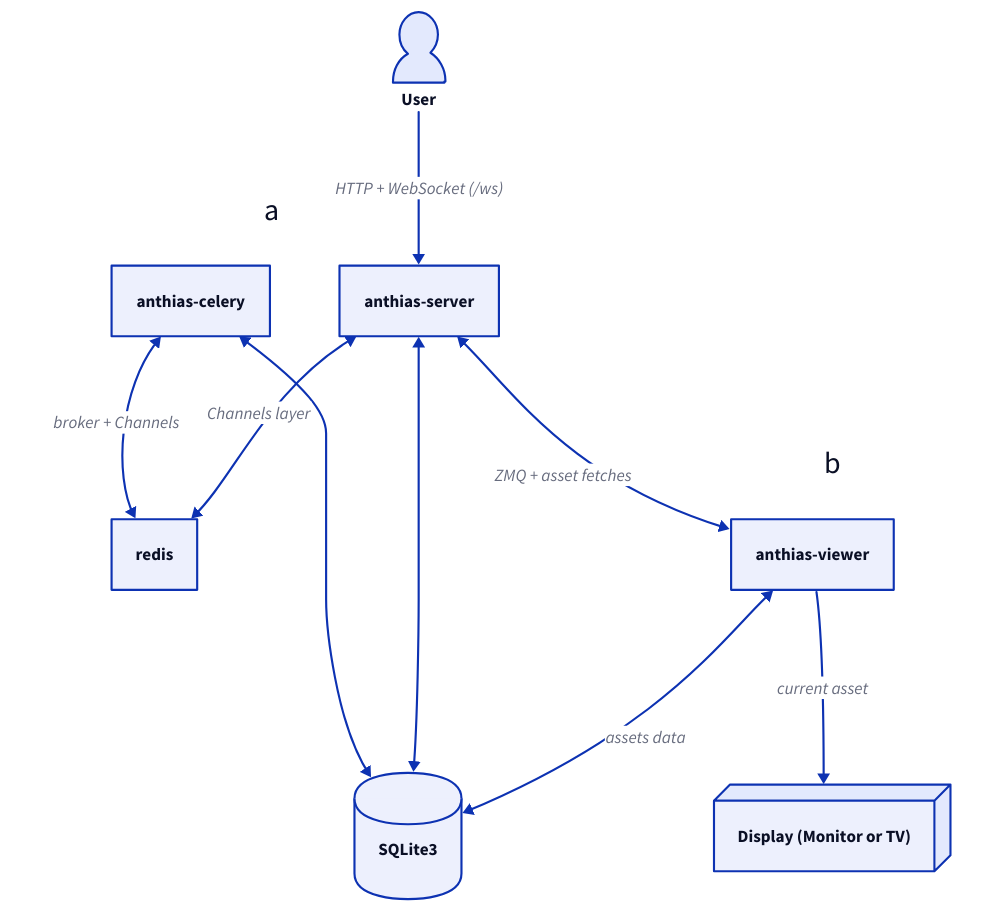
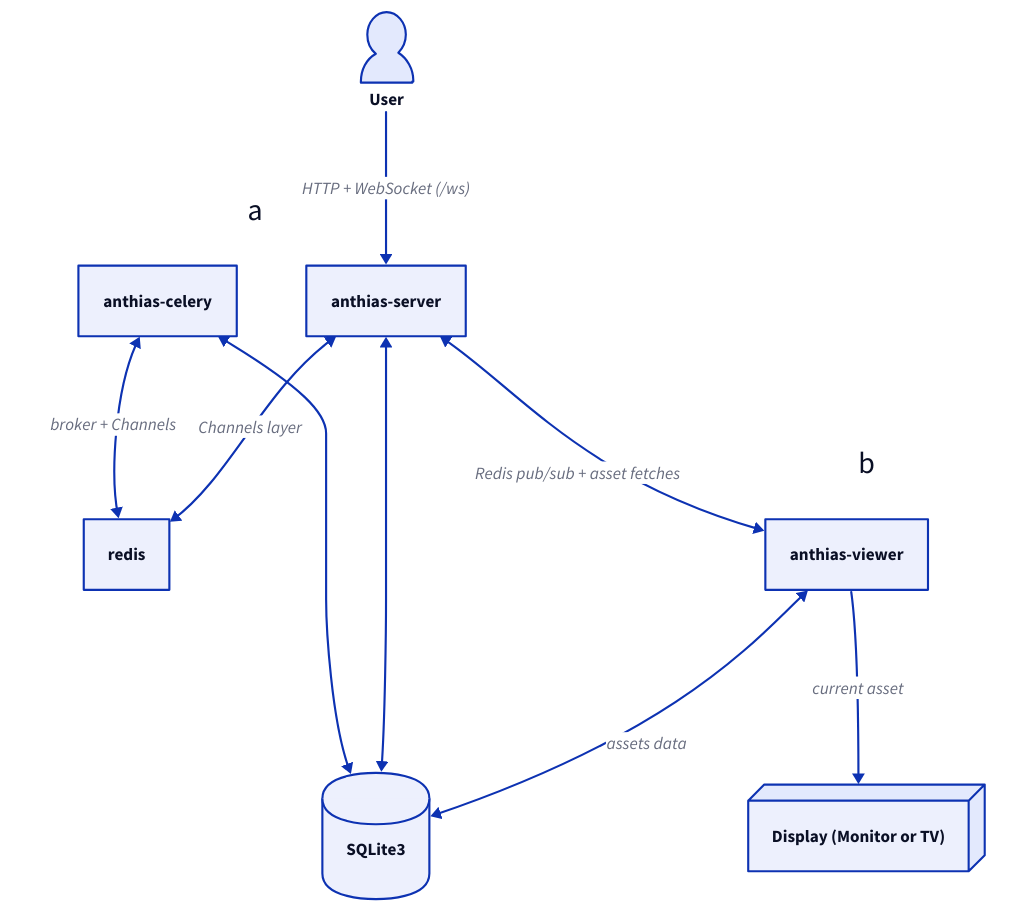
The diagram in docs/d2/anthias-diagram-overview.d2 (Screenly/Anthias), drawn with D2 before and after one commit. The commit also changed 2 other files, not shown here.

Commit message:
chore: post-merge cleanup — re-flow ruff fmt + drop stale ZMQ refs
Three small clean-ups discovered while running CI locally after the
master merge (41d7a80a):

* `api/tests/test_v1_endpoints.py`: master added the ViewerPublisher
  mock decorator on a single >79-char line. Our branch tightened ruff
  via the v2 test sweep, so `ruff format --check` now flags it. Wrap
  it like every other long mock.patch call in this file.
* `docs/d2/anthias-diagram-overview.d2`: the server↔viewer edge label
  still said "ZMQ + asset fetches"; the migration finished in a9be1d3.
  Update to "Redis pub/sub + asset fetches" so the diagram matches
  CLAUDE.md's architecture description.
* `send_viewer_message.py`: stray "Specify the ZeroMQ message" help
  text on the `--action` flag. The script publishes via redis now;
  reword to be transport-neutral.

No production code touched. Verified locally: ruff check, ruff
format --check, mypy, eslint, prettier, bun test, the 107-test
Python unit suite, and the 12-test integration suite all pass.

```diff
--- a/docs/d2/anthias-diagram-overview.d2
+++ b/docs/d2/anthias-diagram-overview.d2
@@ -1,48 +1,48 @@
 direction: down
 
 classes: {
   containers: {
     shape: rectangle
   }
 }
 
 user: "User" {
   shape: person
 }
 
 database: "SQLite3" {
   shape: cylinder
 }
 
 a {
   label: null
   style.fill: transparent
   style.stroke: transparent
 }
 
 b {
   label: null
   style.fill: transparent
   style.stroke: transparent
 }
 
 b.display: "Display (Monitor or TV)" {
   style.3d: true
 }
 
 a.anthias-server.class: containers
 a.anthias-celery.class: containers
 a.redis.class: containers
 b.anthias-viewer.class: containers
 
 user -> a.anthias-server: "HTTP + WebSocket (/ws)"
 
 a.anthias-server <-> a.redis: "Channels layer"
 a.anthias-celery <-> a.redis: "broker + Channels"
 
-a.anthias-server <-> b.anthias-viewer: "ZMQ + asset fetches"
+a.anthias-server <-> b.anthias-viewer: "Redis pub/sub + asset fetches"
 a.anthias-server <-> database
 a.anthias-celery <-> database
 b.anthias-viewer <-> database: "assets data"
 
 b.anthias-viewer -> b.display: "current asset"
```
